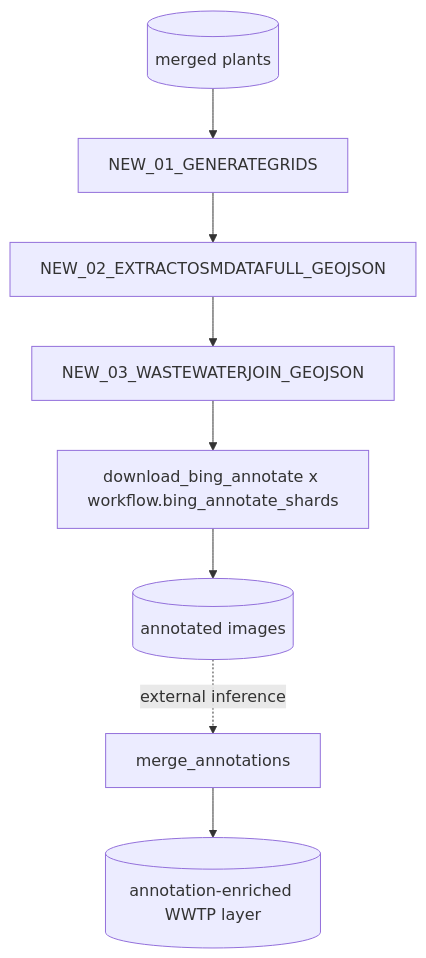
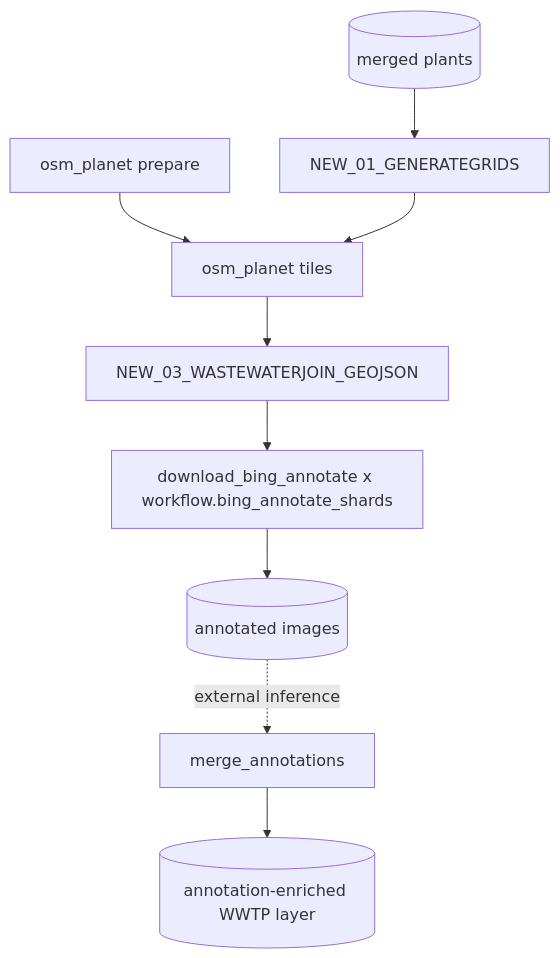
One commit to erennere/Global-WWTP-Service-Zones-and-Risk-Pipeline changed the diagram in wwtp/annotation_scripts/README.md. Above: the diagram before and after it, drawn with Mermaid. The commit also changed other lines of this file and 11 other files, not shown here.

First line of the commit message:
OSM per tile from one planet file instead of Overpass servers (osm_planet)

````diff
--- a/wwtp/annotation_scripts/README.md
+++ b/wwtp/annotation_scripts/README.md
@@ -49,10 +50,11 @@
 ```mermaid
 graph TD
   A[(merged plants)] --> B[NEW_01_GENERATEGRIDS]
-  B --> C[NEW_02_EXTRACTOSMDATAFULL_GEOJSON]
+  P[osm_planet prepare] --> C[osm_planet tiles]
+  B --> C
   C --> D[NEW_03_WASTEWATERJOIN_GEOJSON]
   D --> E[download_bing_annotate x workflow.bing_annotate_shards]
   E --> F[(annotated images)]
   F -. external inference .-> G[merge_annotations]
   G --> H[(annotation-enriched WWTP layer)]
 ```
````
